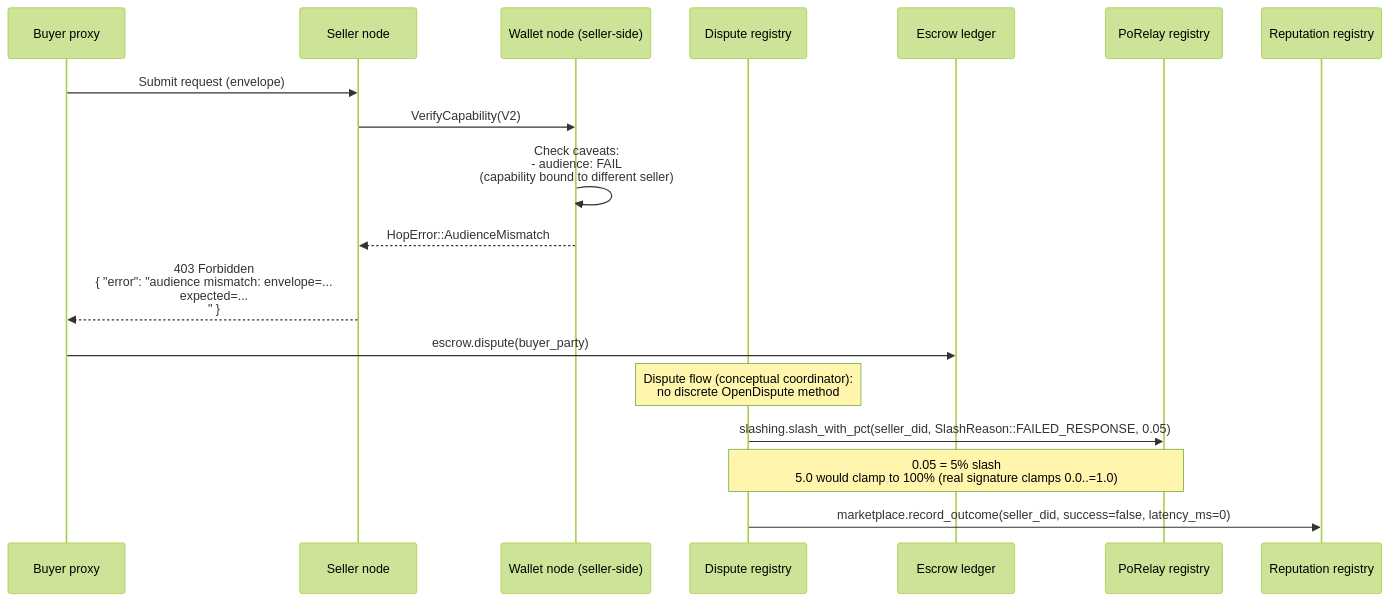
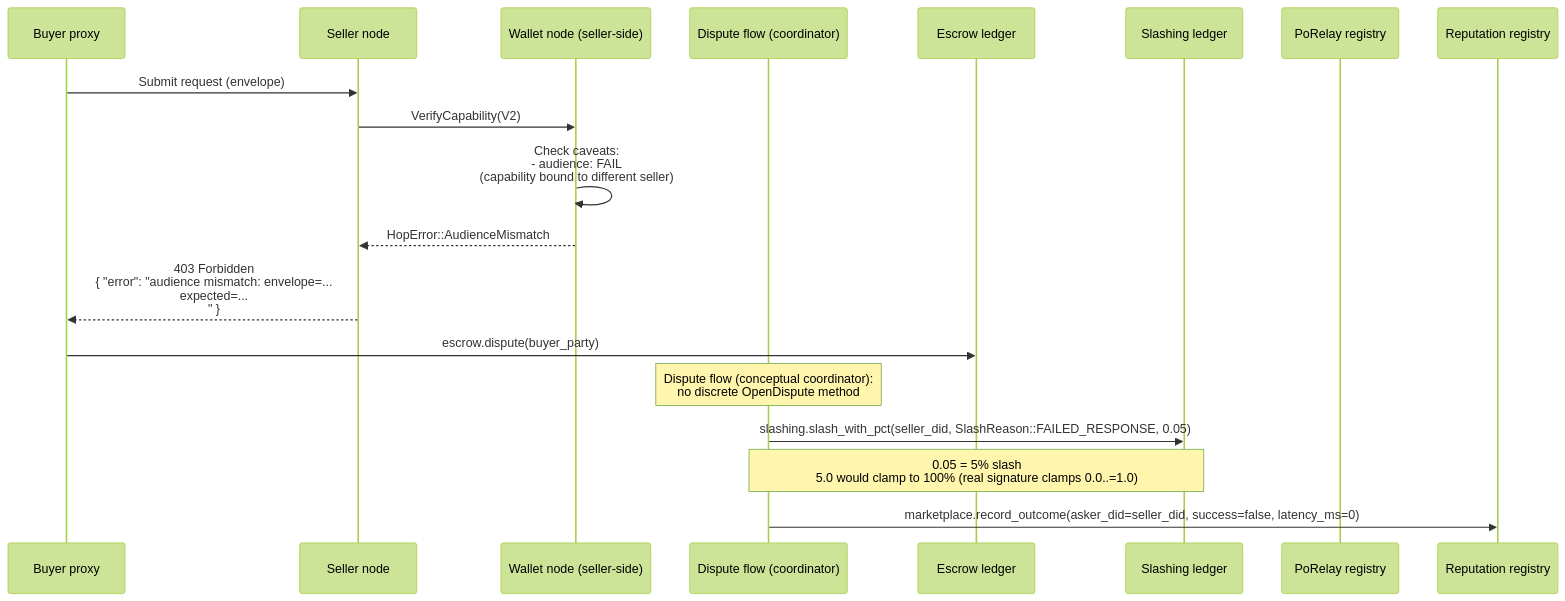
Diagram 13 of 14 in docs/architecture/end-to-end-scenarios.md (CipherOcto/cipherocto), drawn with Mermaid (forest theme) before and after one commit. The commit also changed other lines of this file, not shown here.

````diff
--- a/docs/architecture/end-to-end-scenarios.md
+++ b/docs/architecture/end-to-end-scenarios.md
@@ -571,22 +571,23 @@
 ```mermaid
 sequenceDiagram
     participant P0 as Buyer proxy
     participant SN as Seller node
     participant W as Wallet node (seller-side)
-    participant D as Dispute registry
+    participant D as Dispute flow (coordinator)
     participant E as Escrow ledger
+    participant SL as Slashing ledger
     participant ST as PoRelay registry
     participant RR as Reputation registry
 
     P0->>SN: Submit request (envelope)
     SN->>W: VerifyCapability(V2)
     W->>W: Check caveats:<br/>  - audience: FAIL<br/>(capability bound to different seller)
     W-->>SN: HopError::AudienceMismatch
     SN-->>P0: 403 Forbidden<br/>{ "error": "audience mismatch: envelope=...<br/>  expected=...<br/>" }
 
     P0->>E: escrow.dispute(buyer_party)
     Note over D: Dispute flow (conceptual coordinator):<br/>no discrete OpenDispute method
-    D->>ST: slashing.slash_with_pct(seller_did, SlashReason::FAILED_RESPONSE, 0.05)
-    Note over D,ST: 0.05 = 5% slash<br/>5.0 would clamp to 100% (real signature clamps 0.0..=1.0)
-    D->>RR: marketplace.record_outcome(seller_did, success=false, latency_ms=0)
+    D->>SL: slashing.slash_with_pct(seller_did, SlashReason::FAILED_RESPONSE, 0.05)
+    Note over D,SL: 0.05 = 5% slash<br/>5.0 would clamp to 100% (real signature clamps 0.0..=1.0)
+    D->>RR: marketplace.record_outcome(asker_did=seller_did, success=false, latency_ms=0)
 ```
````
